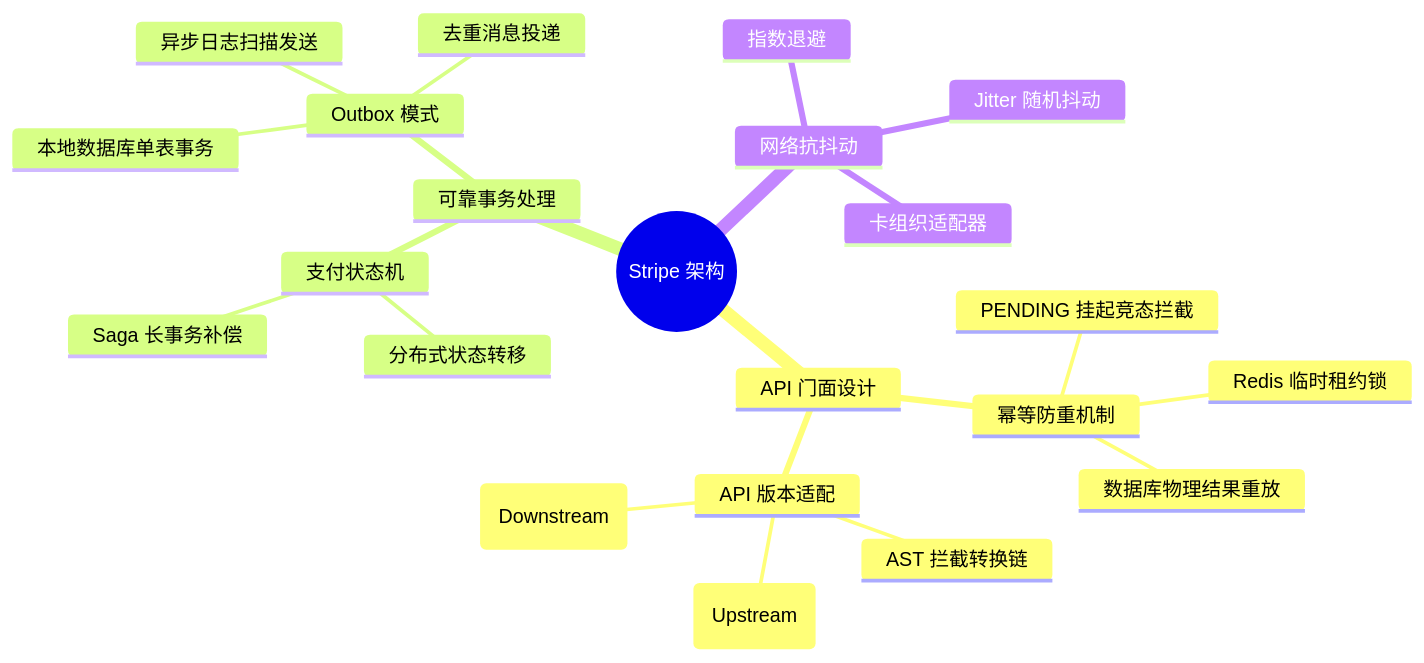
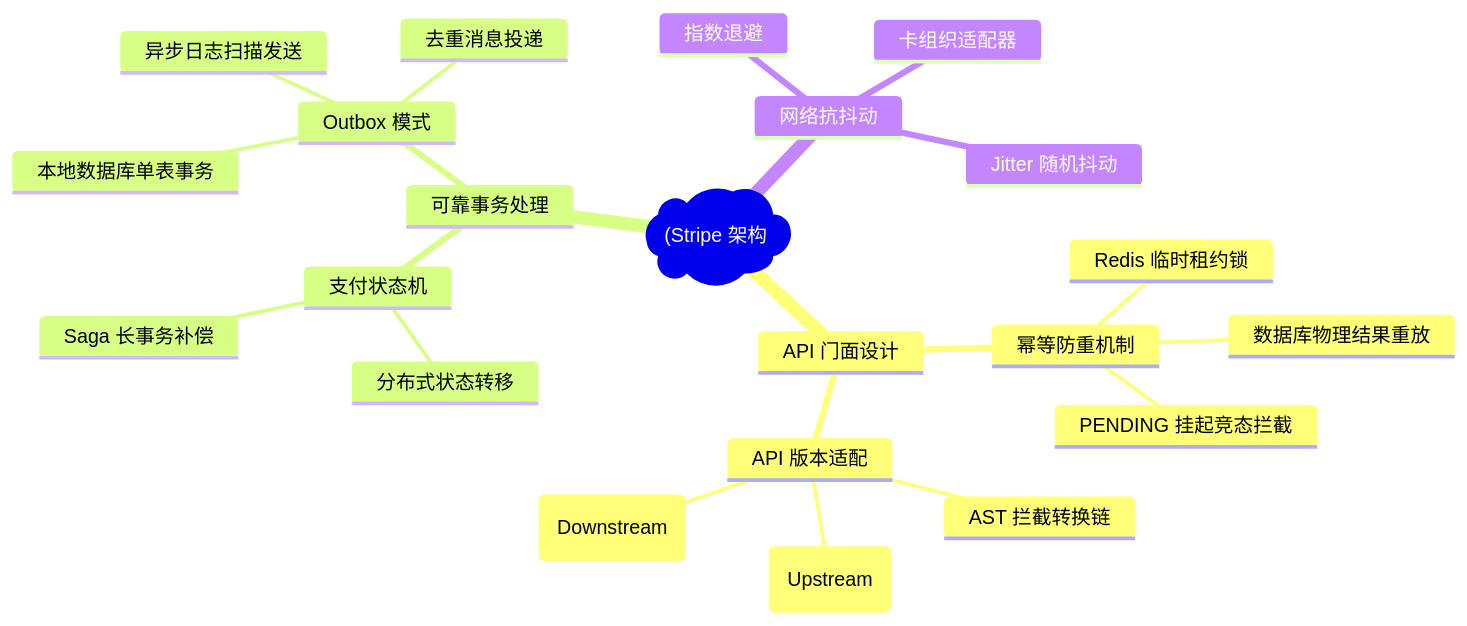
Before and after one commit to koosai/AI-Architect-Learning: the first of 8 diagrams in docs/atlas/stripe.mdx, drawn with Mermaid. The commit also changed other lines of this file and 187 other files, not shown here.

Commit message:
fix(mermaid): fix all unquoted parens and edge label syntax errors across all docs

````diff
--- a/docs/atlas/stripe.mdx
+++ b/docs/atlas/stripe.mdx
@@ -81,25 +81,25 @@
 ```mermaid
 mindmap
-  root((Stripe 架构))
+  root("(Stripe 架构"))
     API 门面设计
       幂等防重机制
         Redis 临时租约锁
         数据库物理结果重放
         PENDING 挂起竞态拦截
       API 版本适配
         AST 拦截转换链
         向上翻译 (Upstream)
         向下翻译 (Downstream)
     可靠事务处理
       支付状态机
         分布式状态转移
         Saga 长事务补偿
       Outbox 模式
         本地数据库单表事务
         异步日志扫描发送
         去重消息投递
     网络抗抖动
       指数退避
       Jitter 随机抖动
       卡组织适配器
 ```
````
